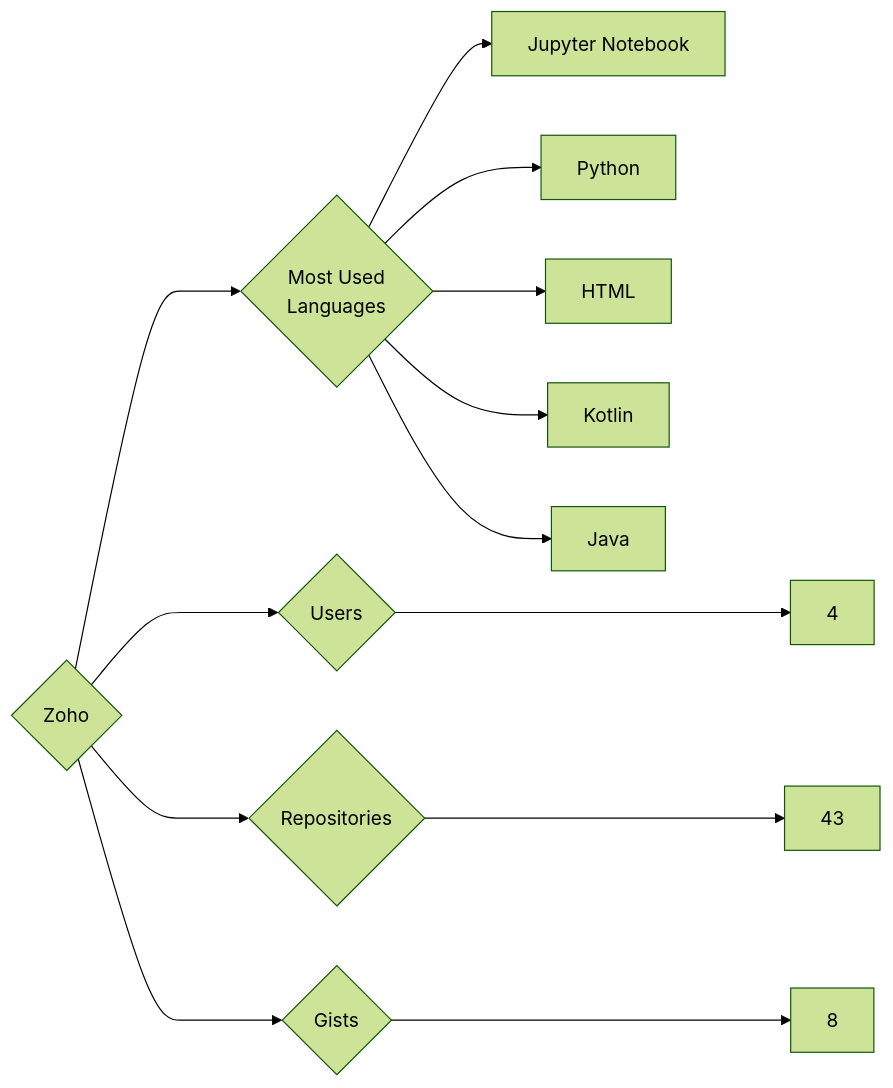
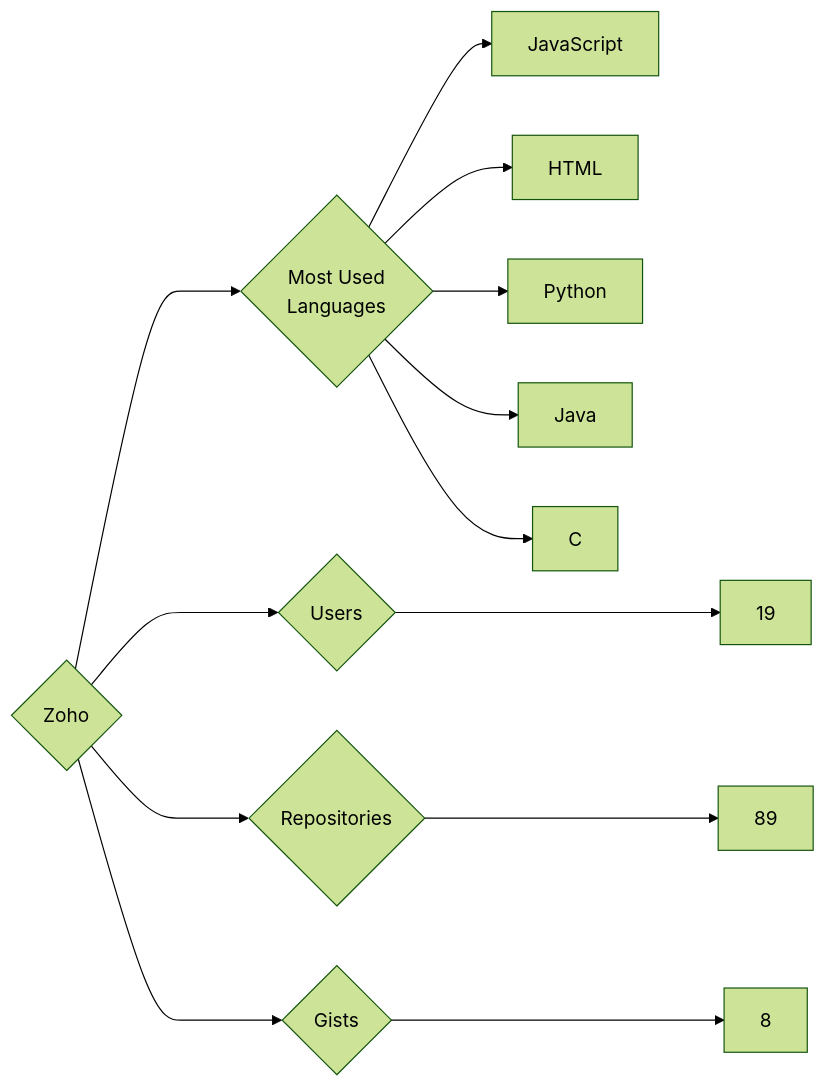
One commit to trickest/insiders changed the diagram in targets/Zoho/README.md. Above: the diagram before and after it, drawn with Mermaid (forest theme). The commit also changed 799 other files, not shown here.

````diff
--- a/targets/Zoho/README.md
+++ b/targets/Zoho/README.md
@@ -3,13 +3,13 @@
 ```mermaid
 graph LR
 COMPANY_NAME{Zoho}
-COMPANY_NAME ---> U{Users} ---> UN[4]
-COMPANY_NAME ---> R{Repositories} ---> RN[43]
+COMPANY_NAME ---> U{Users} ---> UN[19]
+COMPANY_NAME ---> R{Repositories} ---> RN[89]
 COMPANY_NAME ---> G{Gists} ---> GN[8]
 COMPANY_NAME ---> ML{Most Used<br>Languages}
-ML --> Jupyter_Notebook[Jupyter Notebook]
+ML --> JavaScript[JavaScript]
+ML --> HTML[HTML]
 ML --> Python[Python]
-ML --> HTML[HTML]
-ML --> Kotlin[Kotlin]
 ML --> Java[Java]
+ML --> C[C]
 ```
````
